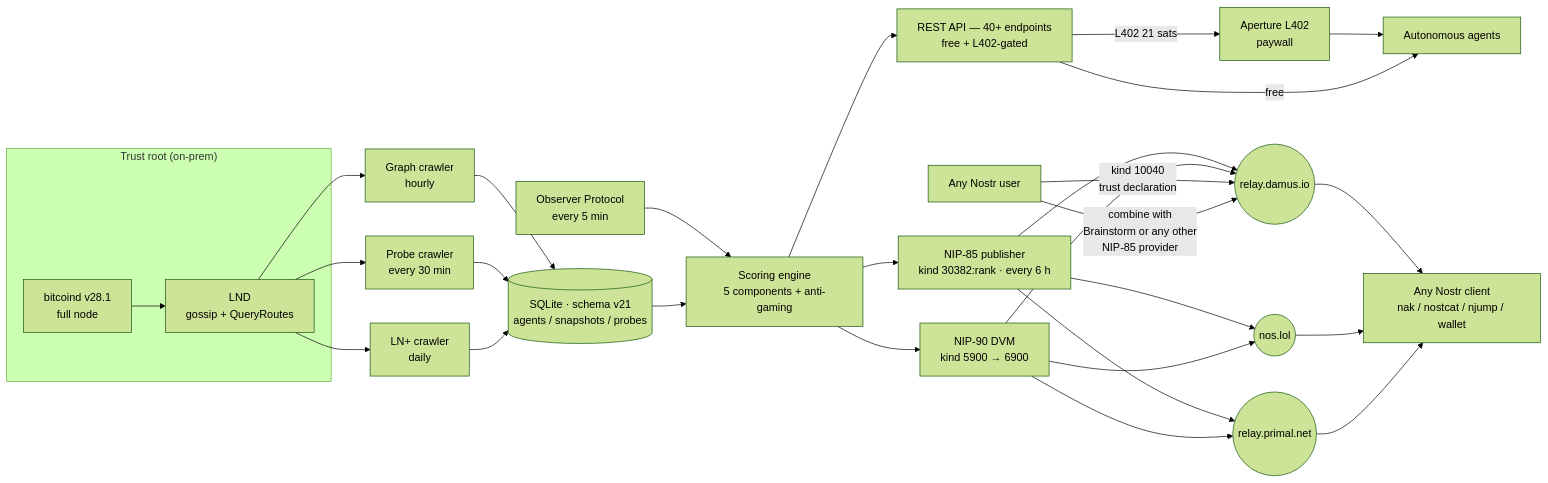
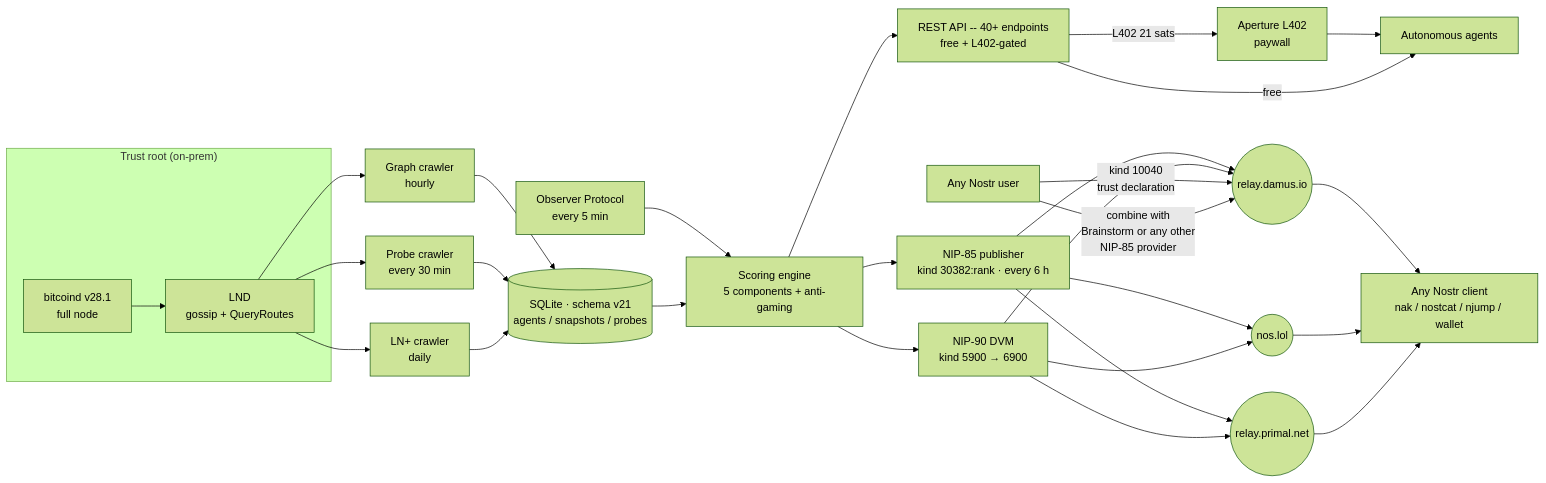
One commit to proofoftrust21/satrank changed the diagram in IMPACT-STATEMENT-FULL.md. Above: the diagram before and after it, drawn with Mermaid (forest theme). The commit also changed other lines of this file and 4 other files, not shown here.

````diff
--- a/IMPACT-STATEMENT-FULL.md
+++ b/IMPACT-STATEMENT-FULL.md
@@ -47,41 +47,41 @@
 ```mermaid
 flowchart LR
   subgraph TrustRoot["Trust root (on-prem)"]
     BTC[bitcoind v28.1<br/>full node]
     LND[LND<br/>gossip + QueryRoutes]
   end
 
   BTC --> LND
 
   LND --> GC[Graph crawler<br/>hourly]
   LND --> PC[Probe crawler<br/>every 30 min]
   LND --> LP[LN+ crawler<br/>daily]
   OBS[Observer Protocol<br/>every 5 min] --> SE
 
   GC --> DB[(SQLite · schema v21<br/>agents / snapshots / probes)]
   PC --> DB
   LP --> DB
 
   DB --> SE[Scoring engine<br/>5 components + anti-gaming]
 
-  SE --> API[REST API — 40+ endpoints<br/>free + L402-gated]
+  SE --> API[REST API -- 40+ endpoints<br/>free + L402-gated]
   SE --> NP[NIP-85 publisher<br/>kind 30382:rank · every 6 h]
   SE --> DVM[NIP-90 DVM<br/>kind 5900 → 6900]
 
   NP --> R1((relay.damus.io))
   NP --> R2((nos.lol))
   NP --> R3((relay.primal.net))
   DVM --> R1
   DVM --> R2
   DVM --> R3
 
   API -->|L402 21 sats| L402[Aperture L402<br/>paywall]
   L402 --> AGENTS[Autonomous agents]
   API -->|free| AGENTS
   R1 --> CLIENTS[Any Nostr client<br/>nak / nostcat / njump / wallet]
   R2 --> CLIENTS
   R3 --> CLIENTS
 
   USER[Any Nostr user] -->|kind 10040<br/>trust declaration| R1
   USER -->|combine with<br/>Brainstorm or any other<br/>NIP-85 provider| R1
 ```
````
